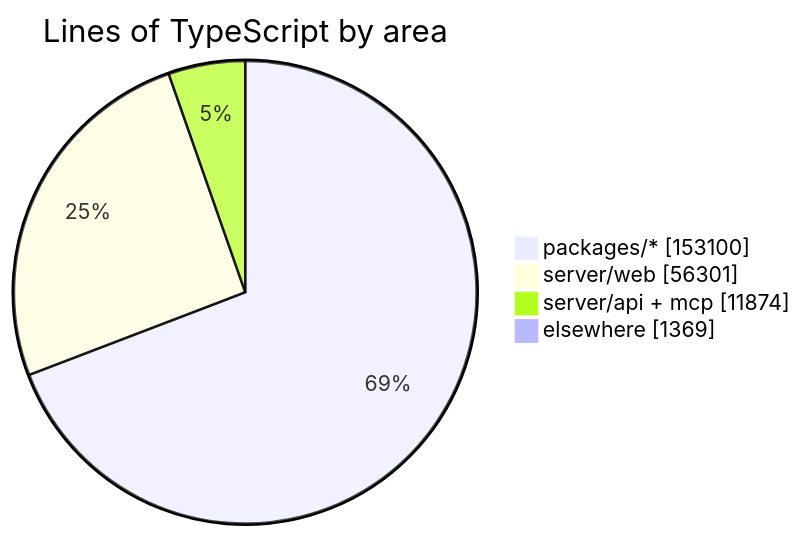
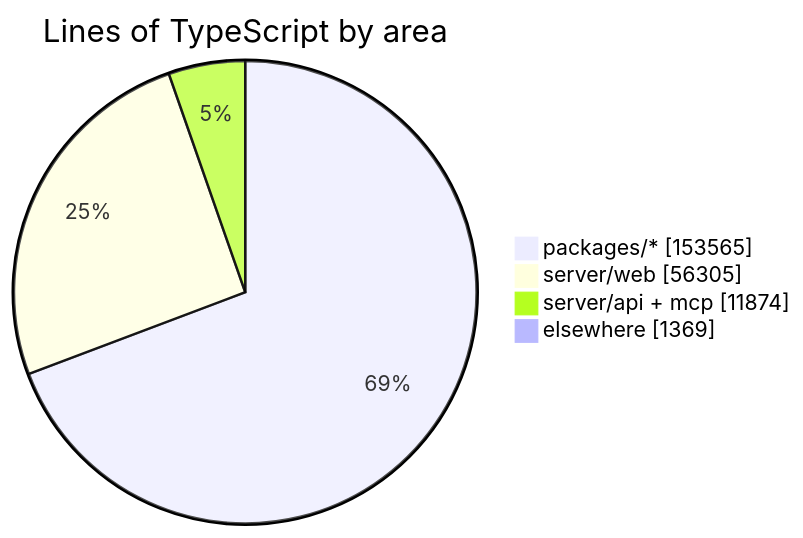
The diagram in README.md (crossworks-engineering/mantle), drawn with Mermaid before and after one commit. The commit also changed other lines of this file and 2 other files, not shown here.

````diff
--- a/README.md
+++ b/README.md
@@ -279,7 +279,7 @@
 ```mermaid
 pie showData title Lines of TypeScript by area
-    "packages/*" : 153100
-    "server/web" : 56301
+    "packages/*" : 153565
+    "server/web" : 56305
     "server/api + mcp" : 11874
     "elsewhere" : 1369
 ```
````
